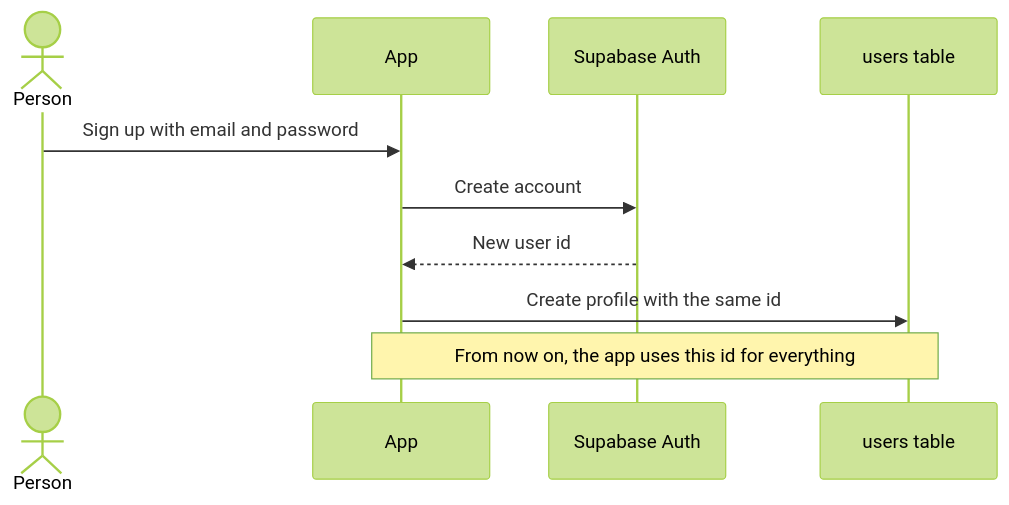
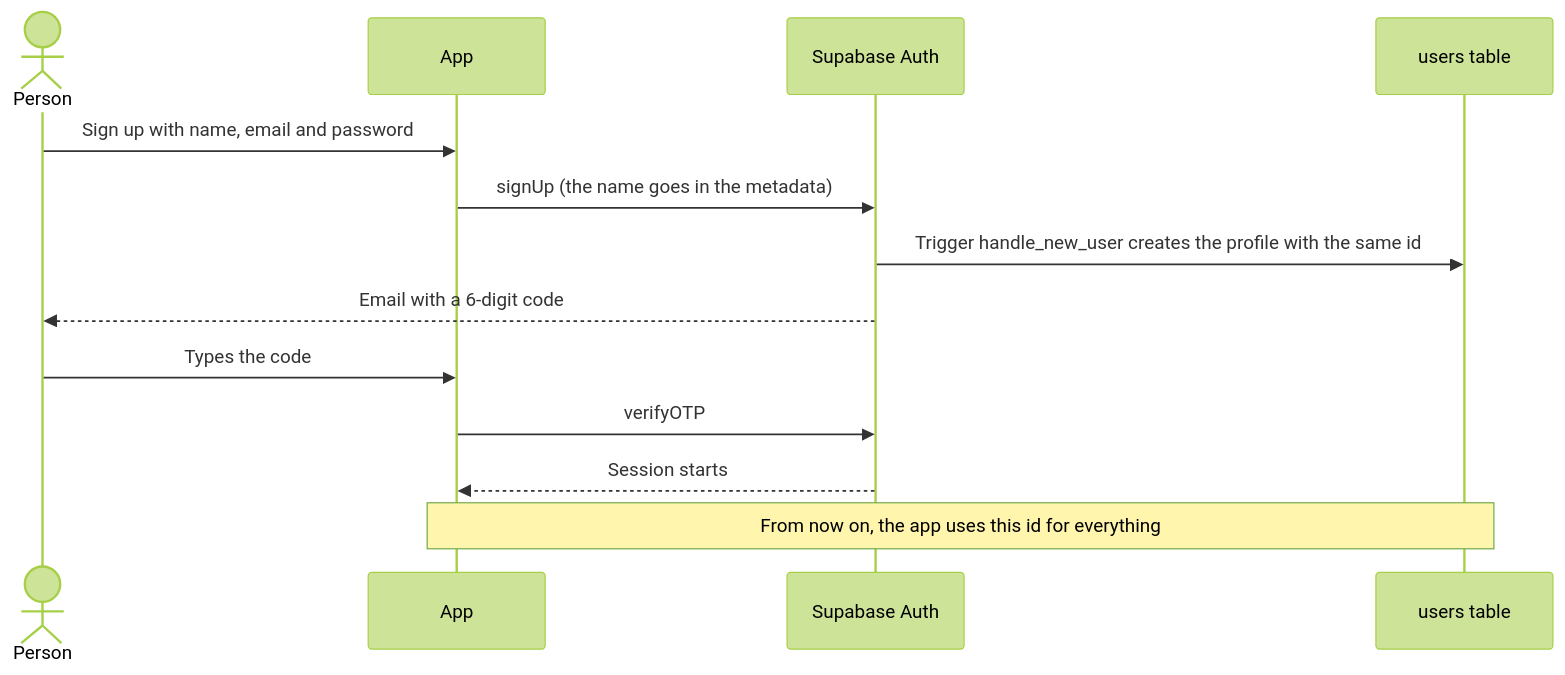
Before and after one commit to jdgutierrezr/ISIS3510-Moviles-Group32: the second of 6 diagrams in sql/README.md, drawn with Mermaid (forest theme). The commit also changed other lines of this file and 5 other files, not shown here.

````diff
--- a/sql/README.md
+++ b/sql/README.md
@@ -48,13 +56,16 @@
 ```mermaid
 sequenceDiagram
     actor Person
     participant App
     participant Auth as Supabase Auth
     participant DB as users table
 
-    Person->>App: Sign up with email and password
-    App->>Auth: Create account
-    Auth-->>App: New user id
-    App->>DB: Create profile with the same id
+    Person->>App: Sign up with name, email and password
+    App->>Auth: signUp (the name goes in the metadata)
+    Auth->>DB: Trigger handle_new_user creates the profile with the same id
+    Auth-->>Person: Email with a 6-digit code
+    Person->>App: Types the code
+    App->>Auth: verifyOTP
+    Auth-->>App: Session starts
     Note over App,DB: From now on, the app uses this id for everything
 ```
````
